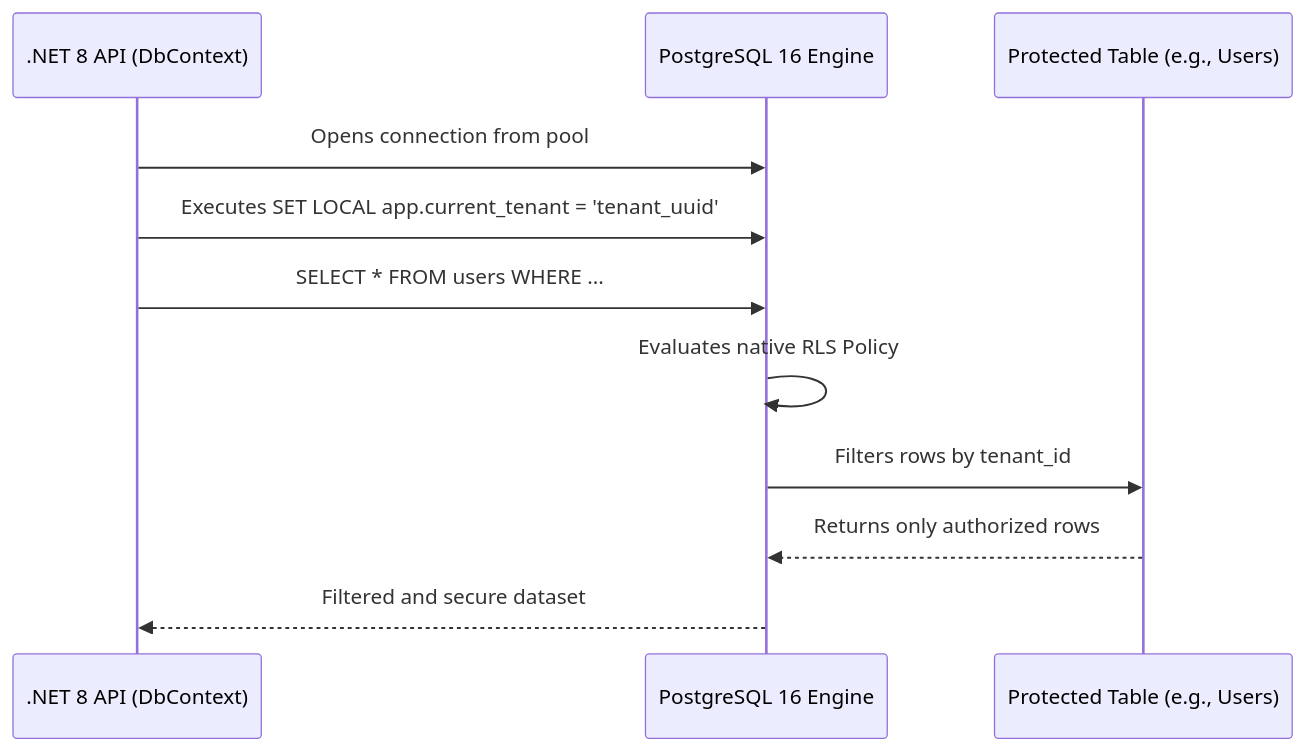
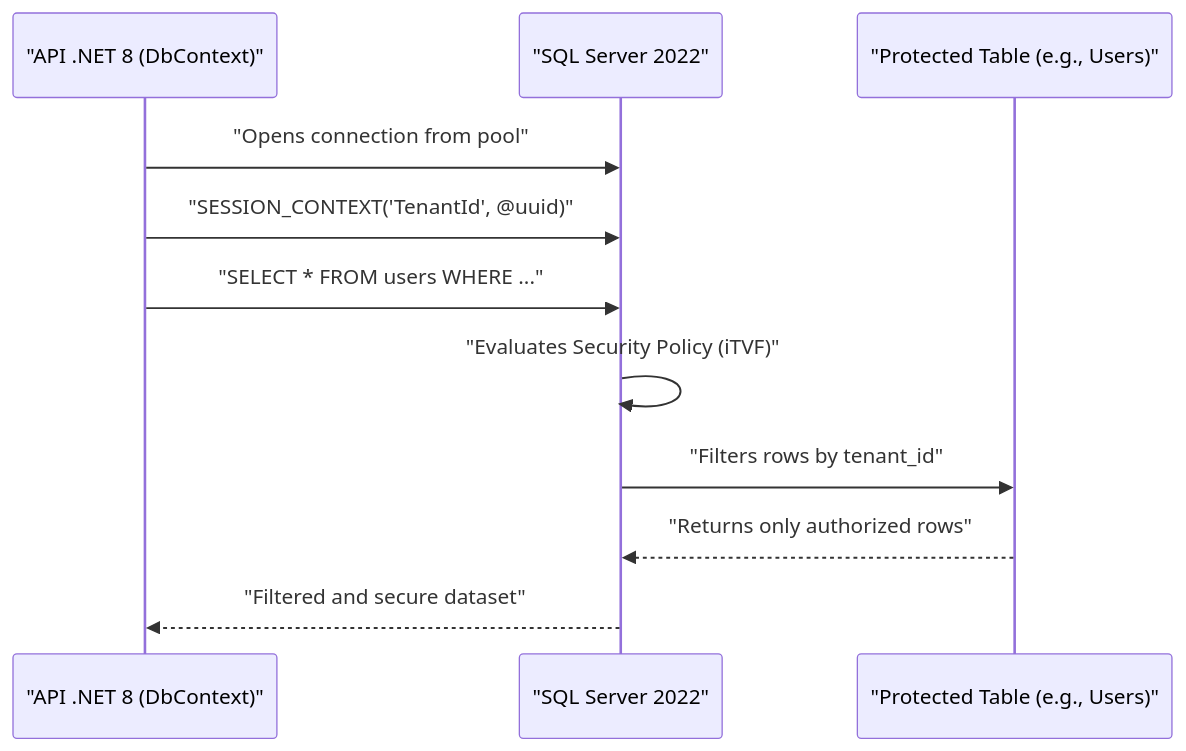
One commit to beyondnetcode/ums changed the fourth of 7 diagrams in architecture/blueprints/architecture-spec.md. Above: the diagram before and after it, drawn with Mermaid. The commit also changed other lines of this file and 8 other files, not shown here.

````diff
--- a/architecture/blueprints/architecture-spec.md
+++ b/architecture/blueprints/architecture-spec.md
@@ -265,14 +266,14 @@
 ```mermaid
 sequenceDiagram
-    participant App as .NET 8 API (DbContext)
-    participant PG as PostgreSQL 16 Engine
-    participant Table as Protected Table (e.g., Users)
+    participant App as "API .NET 8 (DbContext)"
+    participant SQL as "SQL Server 2022"
+    participant Table as "Protected Table (e.g., Users)"
 
-    App->>PG: Opens connection from pool
-    App->>PG: Executes SET LOCAL app.current_tenant = 'tenant_uuid'
-    App->>PG: SELECT * FROM users WHERE ...
-    PG->>PG: Evaluates native RLS Policy
-    PG->>Table: Filters rows by tenant_id
-    Table-->>PG: Returns only authorized rows
-    PG-->>App: Filtered and secure dataset
+    App->>SQL: "Opens connection from pool"
+    App->>SQL: "SESSION_CONTEXT('TenantId', @uuid)"
+    App->>SQL: "SELECT * FROM users WHERE ..."
+    SQL->>SQL: "Evaluates Security Policy (iTVF)"
+    SQL->>Table: "Filters rows by tenant_id"
+    Table-->>SQL: "Returns only authorized rows"
+    SQL-->>App: "Filtered and secure dataset"
 ```
````
